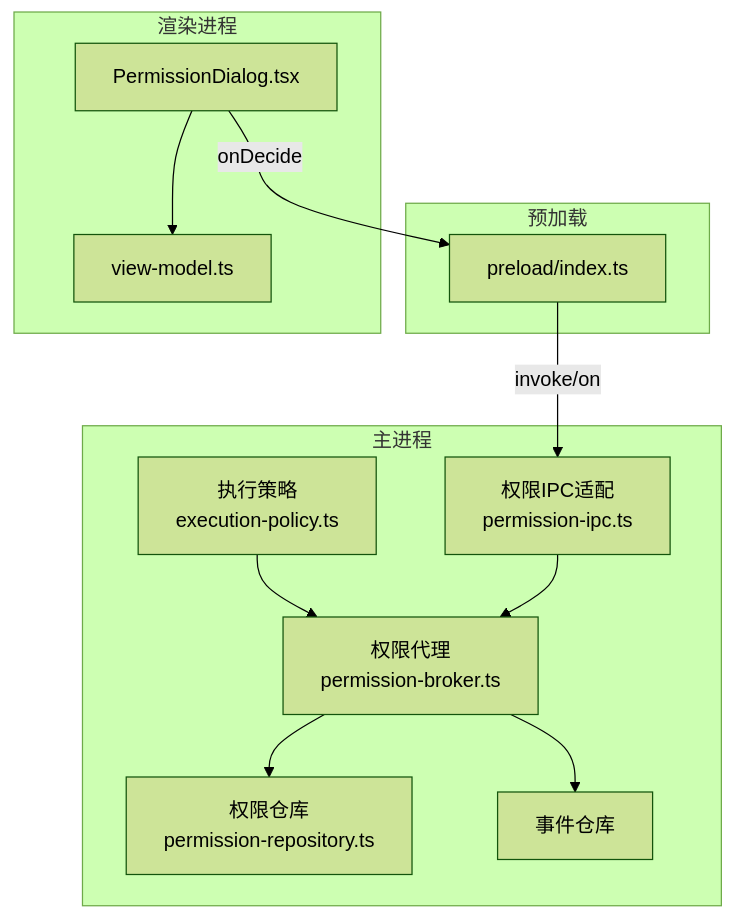
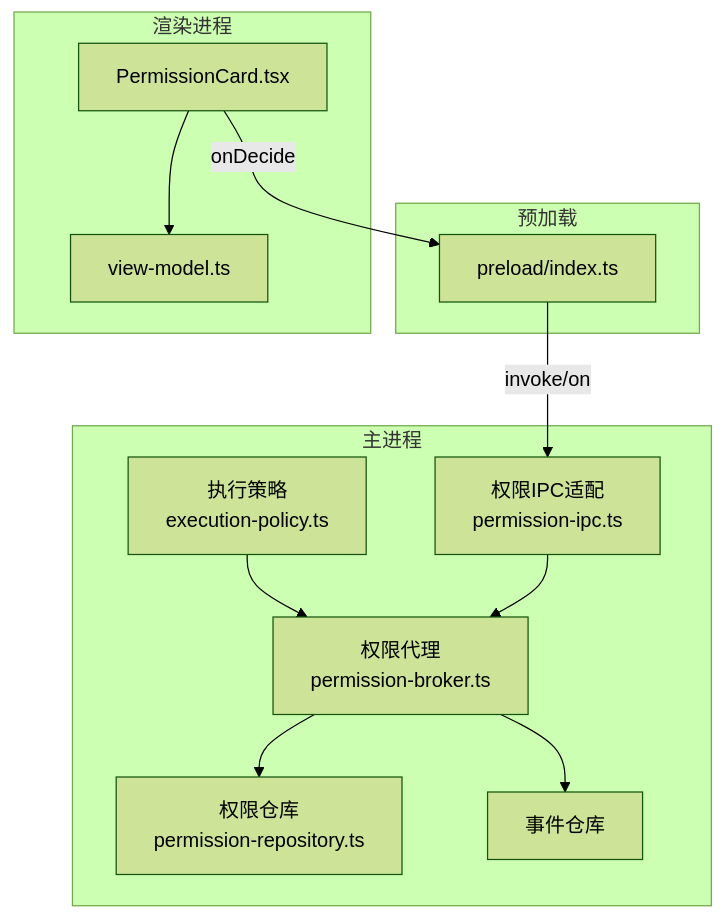
Before and after one commit to Azusa010/personal-agent: the first of 8 diagrams in .repowiki/zh/content/权限管理系统/审批流程.md, drawn with Mermaid (forest theme). The commit also changed other lines of this file and 88 other files, not shown here.

````diff
--- a/.repowiki/zh/content/权限管理系统/审批流程.md
+++ b/.repowiki/zh/content/权限管理系统/审批流程.md
@@ -43,24 +43,24 @@
 ```mermaid
 graph TB
 subgraph "主进程"
 POL["执行策略<br/>execution-policy.ts"]
 BRK["权限代理<br/>permission-broker.ts"]
 IPC["权限IPC适配<br/>permission-ipc.ts"]
 DB["权限仓库<br/>permission-repository.ts"]
 EVT["事件仓库"]
 end
 subgraph "预加载"
 PL["preload/index.ts"]
 end
 subgraph "渲染进程"
-DIALOG["PermissionDialog.tsx"]
+DIALOG["PermissionCard.tsx"]
 VM["view-model.ts"]
 end
 POL --> BRK
 BRK --> DB
 BRK --> EVT
 IPC --> BRK
 PL --> |invoke/on| IPC
 DIALOG --> |onDecide| PL
 DIALOG --> VM
 ```
````
